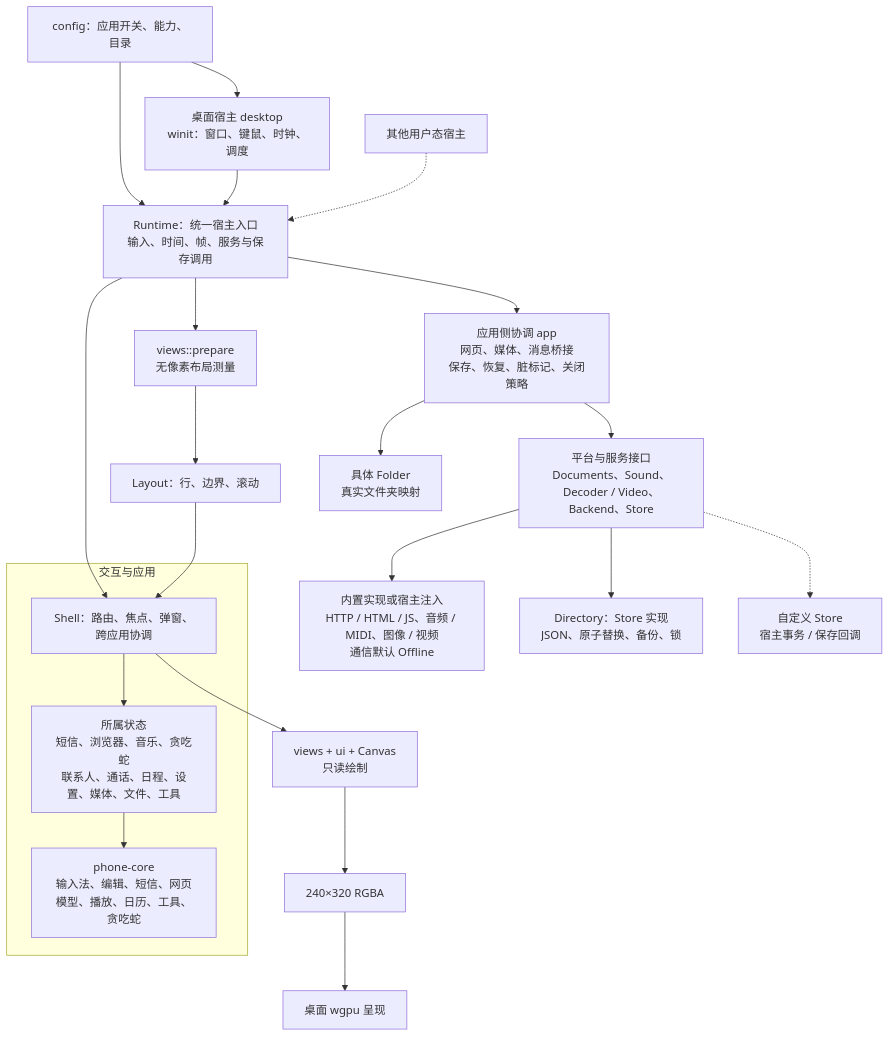
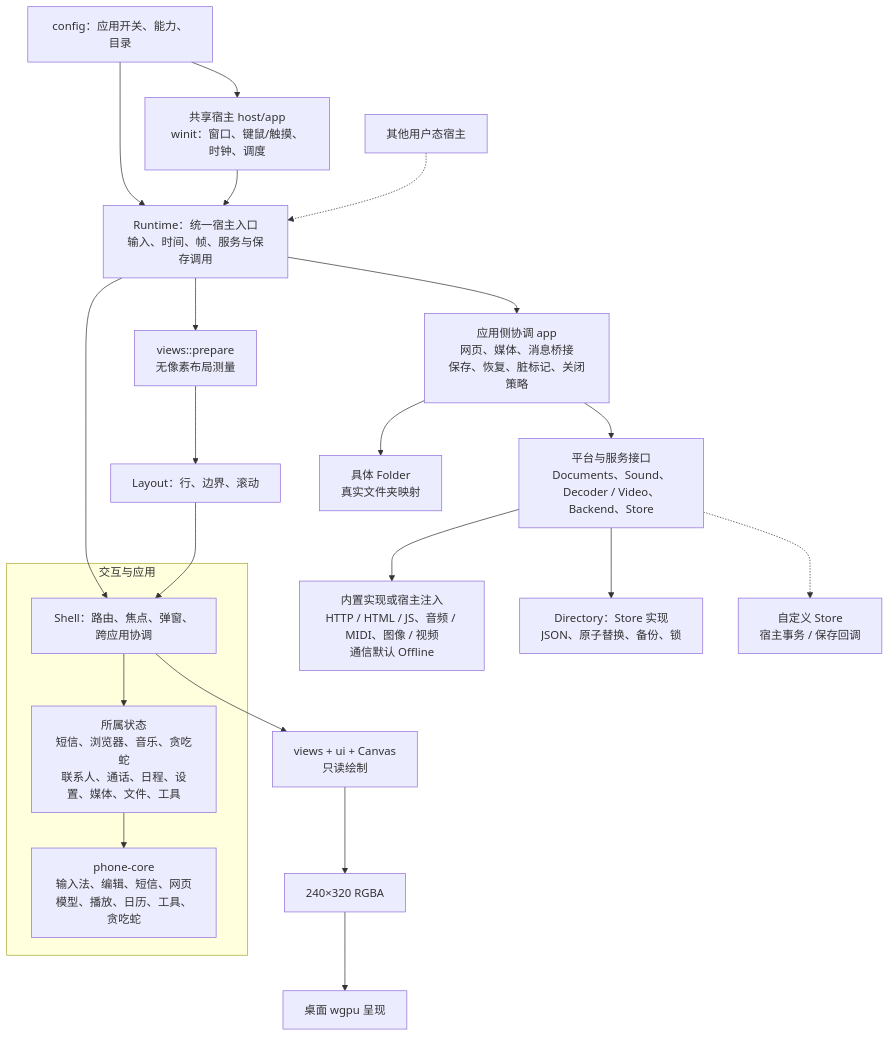
One commit to shiftz300/ta-1278 changed the first of 2 diagrams in docs/overview.md. Above: the diagram before and after it, drawn with Mermaid. The commit also changed other lines of this file and 69 other files, not shown here.

````diff
--- a/docs/overview.md
+++ b/docs/overview.md
@@ -5,23 +5,23 @@
 ```mermaid
 flowchart TB
     Config["config：应用开关、能力、目录"] --> Desktop
     Config --> Runtime
-    Desktop["桌面宿主 desktop<br/>winit：窗口、键鼠、时钟、调度"] --> Runtime
+    Desktop["共享宿主 host/app<br/>winit：窗口、键鼠/触摸、时钟、调度"] --> Runtime
     Embedded["其他用户态宿主"] -.-> Runtime
     Runtime["Runtime：统一宿主入口<br/>输入、时间、帧、服务与保存调用"] --> Shell
     subgraph App["交互与应用"]
         Shell["Shell：路由、焦点、弹窗、跨应用协调"] --> States
         States["所属状态<br/>短信、浏览器、音乐、贪吃蛇<br/>联系人、通话、日程、设置、媒体、文件、工具"] --> Core
         Core["phone-core<br/>输入法、编辑、短信、网页模型、播放、日历、工具、贪吃蛇"]
     end
     Runtime --> Measure["views::prepare<br/>无像素布局测量"]
     Measure --> Geometry["Layout：行、边界、滚动"] --> Shell
     Shell --> Paint["views + ui + Canvas<br/>只读绘制"]
     Paint --> Frame["240×320 RGBA"] --> GPU["桌面 wgpu 呈现"]
     Runtime --> Bridge["应用侧协调 app<br/>网页、媒体、消息桥接<br/>保存、恢复、脏标记、关闭策略"]
     Bridge --> Ports["平台与服务接口<br/>Documents、Sound、Decoder / Video、Backend、Store"]
     Bridge --> Folder["具体 Folder<br/>真实文件夹映射"]
     Ports --> Adapters["内置实现或宿主注入<br/>HTTP / HTML / JS、音频 / MIDI、图像 / 视频<br/>通信默认 Offline"]
     Ports --> Directory["Directory：Store 实现<br/>JSON、原子替换、备份、锁"]
     Ports -.-> Custom["自定义 Store<br/>宿主事务 / 保存回调"]
 ```
````
